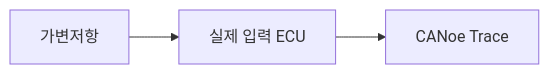
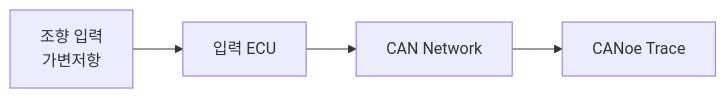
The first of 6 diagrams in iso26262-sbw-failsafe/workproducts/08_System_Verification.md (kwangil1245-code/iso26262-sbw-failsafe), drawn with Mermaid before and after one commit. The commit also changed other lines of this file, not shown here.

````diff
--- a/iso26262-sbw-failsafe/workproducts/08_System_Verification.md
+++ b/iso26262-sbw-failsafe/workproducts/08_System_Verification.md
@@ -25,5 +40,7 @@
 ```mermaid
 flowchart LR
-    P["가변저항"] --> I["실제 입력 ECU"]
-    I --> T["CANoe Trace"]
+    A["조향 입력<br/>가변저항"]
+    --> B["입력 ECU"]
+    --> C["CAN Network"]
+    --> D["CANoe Trace"]
 ```
````
